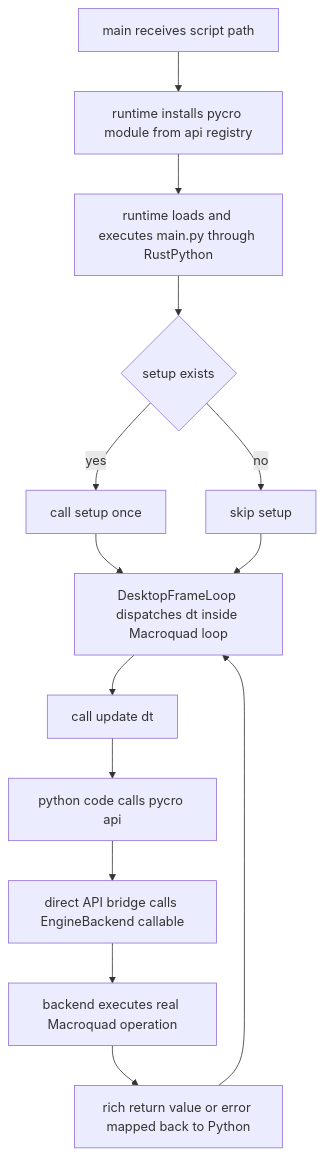
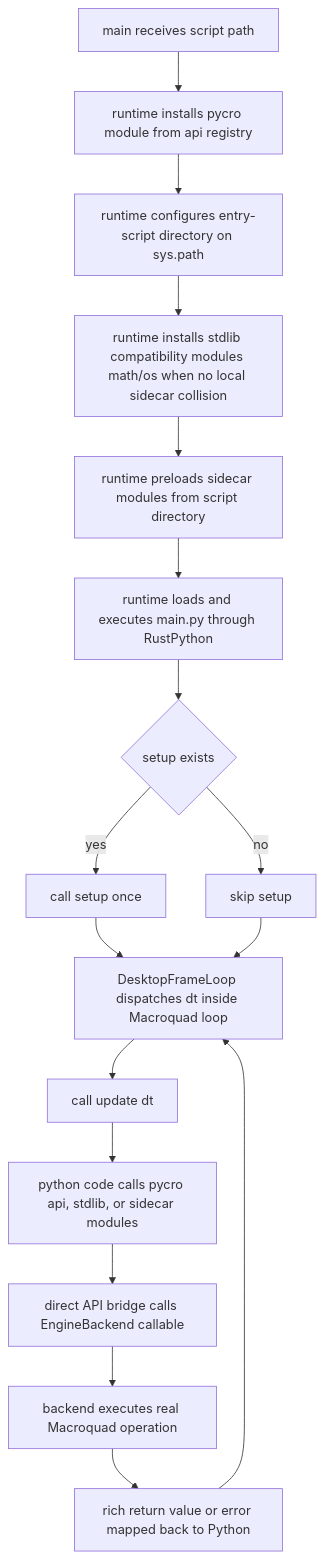
One commit to linkfy/pycro changed the third of 4 diagrams in docs/flow-mermaids.md. Above: the diagram before and after it, drawn with Mermaid. The commit also changed other lines of this file and 1049 other files, not shown here.

Commit message:
close phase-4 stdlib delivery and document backend policy notes

````diff
--- a/docs/flow-mermaids.md
+++ b/docs/flow-mermaids.md
@@ -37,17 +37,20 @@
 ```mermaid
 flowchart TD
     A[main receives script path]
     A --> B[runtime installs pycro module from api registry]
-    B --> C[runtime loads and executes main.py through RustPython]
-    C --> D{setup exists}
-    D -- yes --> E[call setup once]
-    D -- no --> F[skip setup]
-    E --> G[DesktopFrameLoop dispatches dt inside Macroquad loop]
-    F --> G
-    G --> H[call update dt]
-    H --> I[python code calls pycro api]
-    I --> J[direct API bridge calls EngineBackend callable]
-    J --> K[backend executes real Macroquad operation]
-    K --> L[rich return value or error mapped back to Python]
-    L --> G
+    B --> C[runtime configures entry-script directory on sys.path]
+    C --> D[runtime installs stdlib compatibility modules math/os when no local sidecar collision]
+    D --> E[runtime preloads sidecar modules from script directory]
+    E --> F[runtime loads and executes main.py through RustPython]
+    F --> G{setup exists}
+    G -- yes --> H[call setup once]
+    G -- no --> I[skip setup]
+    H --> J[DesktopFrameLoop dispatches dt inside Macroquad loop]
+    I --> J
+    J --> K[call update dt]
+    K --> L[python code calls pycro api, stdlib, or sidecar modules]
+    L --> M[direct API bridge calls EngineBackend callable]
+    M --> N[backend executes real Macroquad operation]
+    N --> O[rich return value or error mapped back to Python]
+    O --> J
 ```
````
